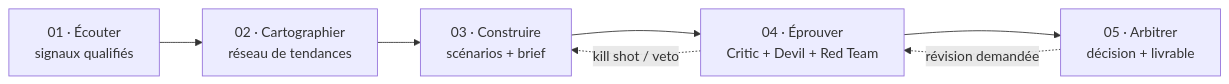
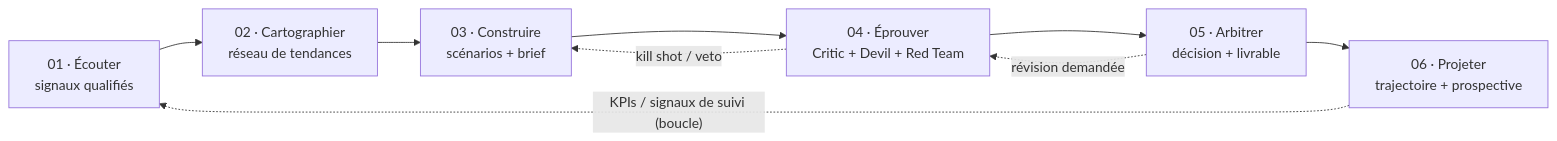
One commit to Geoking2104/KayrosLab changed the third of 4 diagrams in SPECIFICATIONS_FONCTIONNELLES.md. Above: the diagram before and after it, drawn with Mermaid. The commit also changed other lines of this file and 1 other file, not shown here.

Commit message:
docs(specs): processus 6 etapes cyclique + Projeter (proba/ressources/boucle) + fonctionnalites detaillees par etape

````diff
--- a/SPECIFICATIONS_FONCTIONNELLES.md
+++ b/SPECIFICATIONS_FONCTIONNELLES.md
@@ -192,9 +193,11 @@
 ```mermaid
 flowchart LR
     E1["01 · Écouter<br/>signaux qualifiés"] --> E2["02 · Cartographier<br/>réseau de tendances"]
     E2 --> E3["03 · Construire<br/>scénarios + brief"]
     E3 --> E4["04 · Éprouver<br/>Critic + Devil + Red Team"]
     E4 --> E5["05 · Arbitrer<br/>décision + livrable"]
+    E5 --> E6["06 · Projeter<br/>trajectoire + prospective"]
     E4 -. "kill shot / veto" .-> E3
     E5 -. "révision demandée" .-> E4
+    E6 -. "KPIs / signaux de suivi (boucle)" .-> E1
 ```
````
